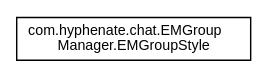
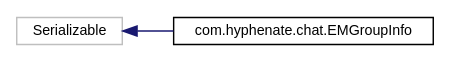
Before and after one commit to easemob/www.easemob.com: the diagram in static/apidoc/android/chat3.0/inherit_graph_43.dot, drawn with Graphviz. The commit also changed 345 other files, not shown here.

```diff
--- a/static/apidoc/android/chat3.0/inherit_graph_43.dot
+++ b/static/apidoc/android/chat3.0/inherit_graph_43.dot
@@ -1,7 +1,9 @@
 digraph "类继承关系图"
 {
   edge [fontname="Helvetica",fontsize="10",labelfontname="Helvetica",labelfontsize="10"];
   node [fontname="Helvetica",fontsize="10",shape=record];
   rankdir="LR";
-  Node1 [label="com.hyphenate.chat.EMGroup\lManager.EMGroupStyle",height=0.2,width=0.4,color="black", fillcolor="white", style="filled",URL="$enumcom_1_1hyphenate_1_1chat_1_1EMGroupManager_1_1EMGroupStyle.html"];
+  Node1 [label="Serializable",height=0.2,width=0.4,color="grey75", fillcolor="white", style="filled"];
+  Node1 -> Node2 [dir="back",color="midnightblue",fontsize="10",style="solid",fontname="Helvetica"];
+  Node2 [label="com.hyphenate.chat.EMGroupInfo",height=0.2,width=0.4,color="black", fillcolor="white", style="filled",URL="$classcom_1_1hyphenate_1_1chat_1_1EMGroupInfo.html"];
 }
```
